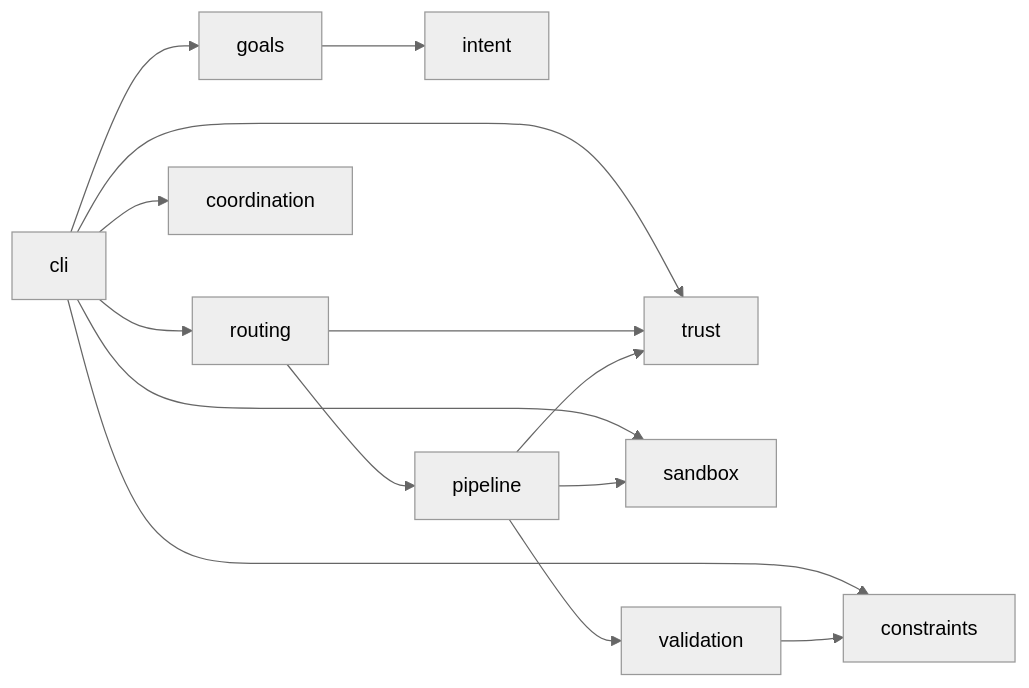
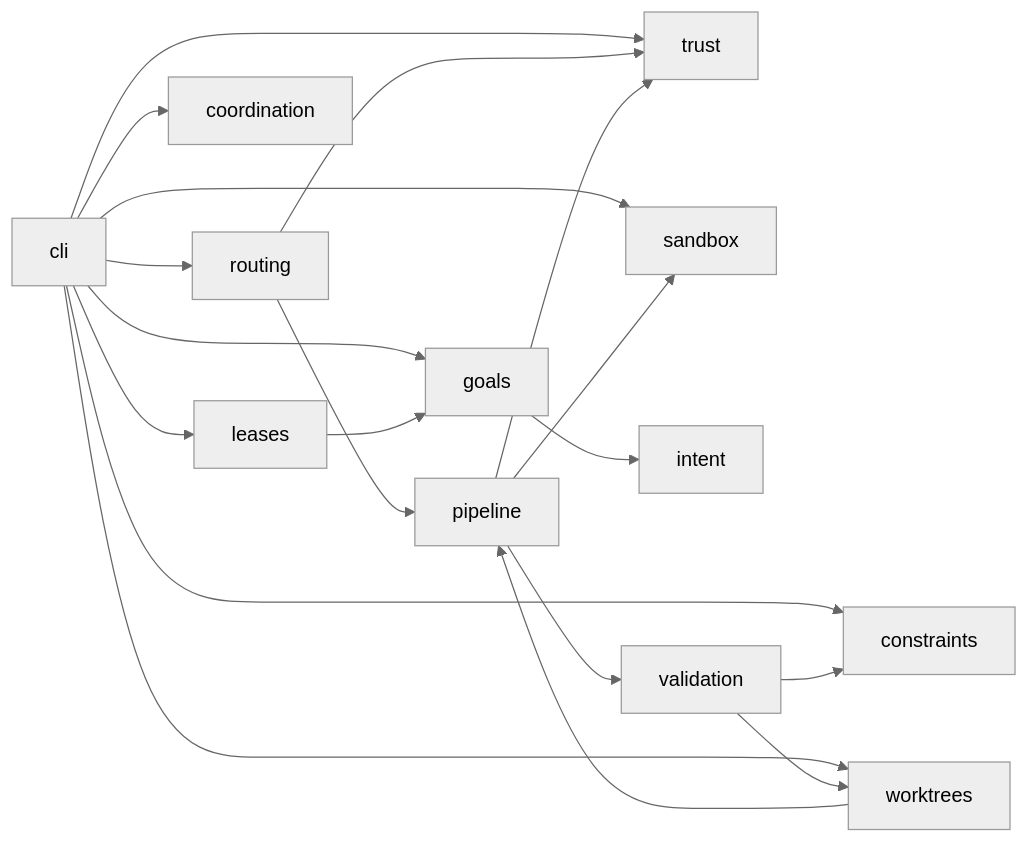
Before and after one commit to AV4TAr/shipyard: the sixth of 6 diagrams in docs/architecture.md, drawn with Mermaid (neutral theme). The commit also changed other lines of this file and 5 other files, not shown here.

First line of the commit message:
Update docs for Wave 5: leases, worktrees, config editor, kill switch

````diff
--- a/docs/architecture.md
+++ b/docs/architecture.md
@@ -231,17 +243,22 @@
 ```mermaid
 graph LR
     cli --> goals
     cli --> routing
     cli --> trust
     cli --> coordination
     cli --> constraints
     cli --> sandbox
+    cli --> leases
+    cli --> worktrees
 
     goals --> intent
     routing --> pipeline
     routing --> trust
+    leases --> goals
+    worktrees --> pipeline
     pipeline --> validation
     pipeline --> sandbox
     pipeline --> trust
     validation --> constraints
+    validation --> worktrees
 ```
````
